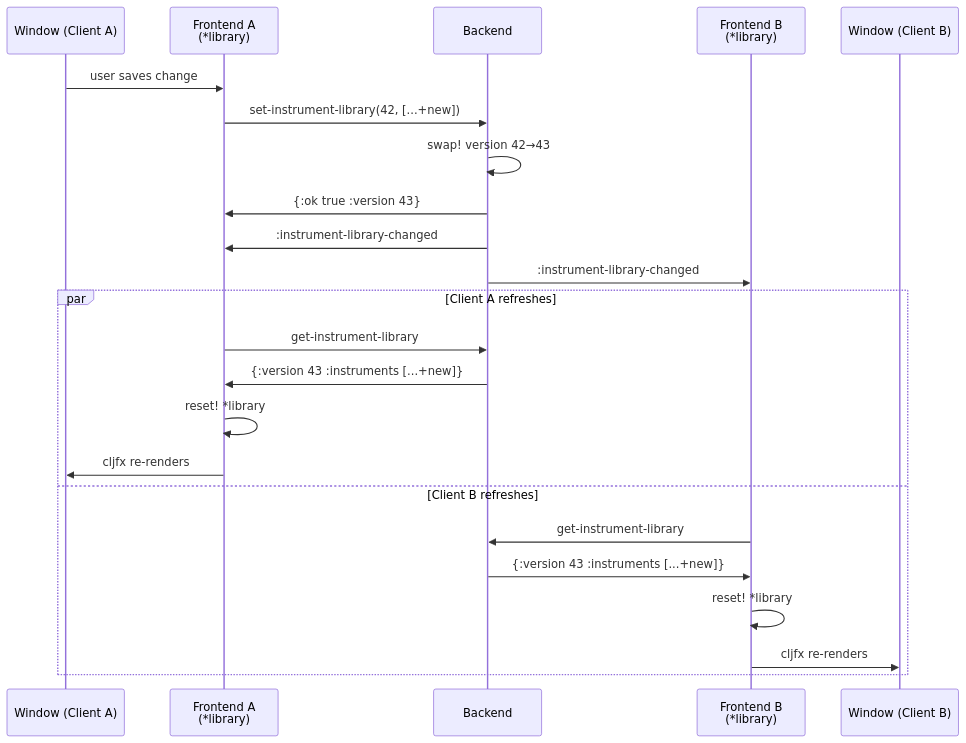
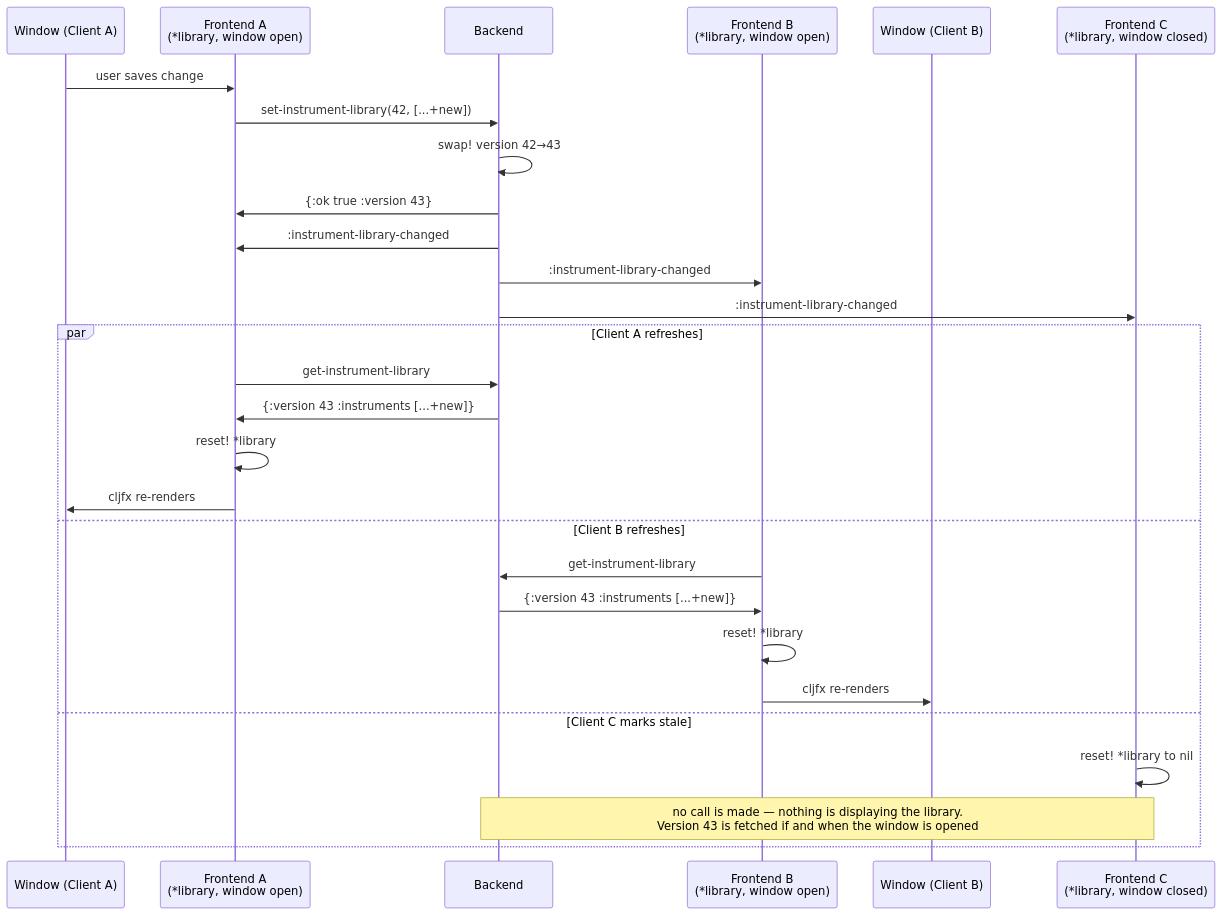
The second of 4 diagrams in ADRs/0045-Instrument-Library.md (PeterBengtson/Ooloi-docs), drawn with Mermaid before and after one commit. The commit also changed other lines of this file and 2 other files, not shown here.

Commit message:
Documentation sync 2026-08-11

````diff
--- a/ADRs/0045-Instrument-Library.md
+++ b/ADRs/0045-Instrument-Library.md
@@ -933,27 +938,32 @@
 ```mermaid
 sequenceDiagram
     participant WA as Window (Client A)
-    participant FA as Frontend A<br/>(*library)
+    participant FA as Frontend A<br/>(*library, window open)
     participant BE as Backend
-    participant FB as Frontend B<br/>(*library)
+    participant FB as Frontend B<br/>(*library, window open)
     participant WB as Window (Client B)
+    participant FC as Frontend C<br/>(*library, window closed)
 
     WA->>FA: user saves change
     FA->>BE: set-instrument-library(42, [...+new])
     BE->>BE: swap! version 42→43
     BE->>FA: {:ok true :version 43}
     BE->>FA: :instrument-library-changed
     BE->>FB: :instrument-library-changed
+    BE->>FC: :instrument-library-changed
 
     par Client A refreshes
         FA->>BE: get-instrument-library
         BE->>FA: {:version 43 :instruments [...+new]}
         FA->>FA: reset! *library
         FA->>WA: cljfx re-renders
     and Client B refreshes
         FB->>BE: get-instrument-library
         BE->>FB: {:version 43 :instruments [...+new]}
         FB->>FB: reset! *library
         FB->>WB: cljfx re-renders
+    and Client C marks stale
+        FC->>FC: reset! *library to nil
+        Note over BE,FC: no call is made — nothing is displaying the library.<br/>Version 43 is fetched if and when the window is opened
     end
 ```
````
